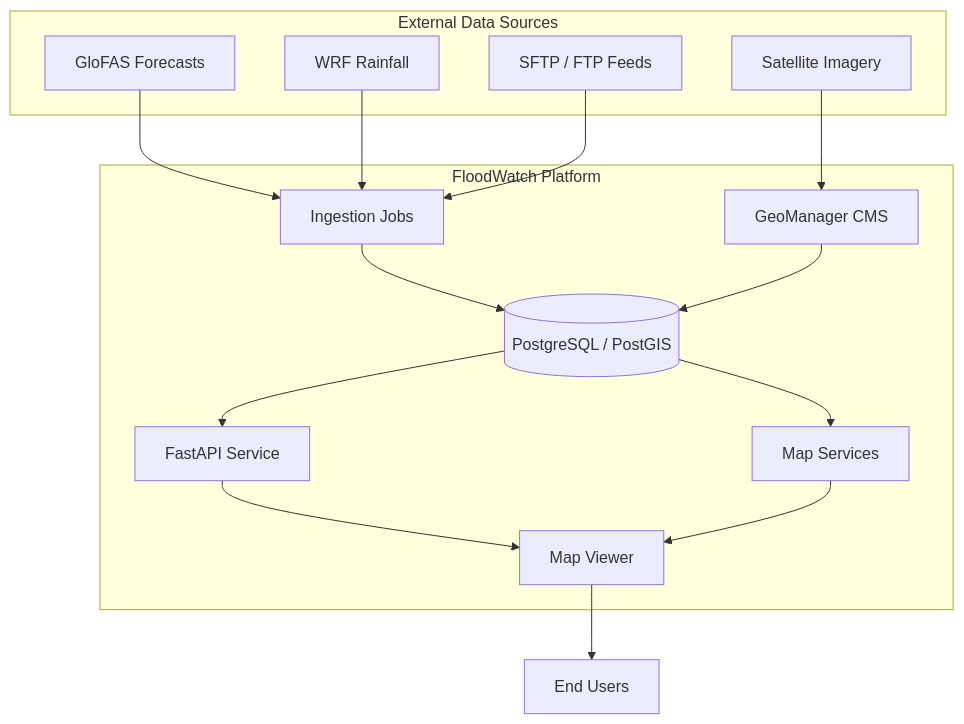
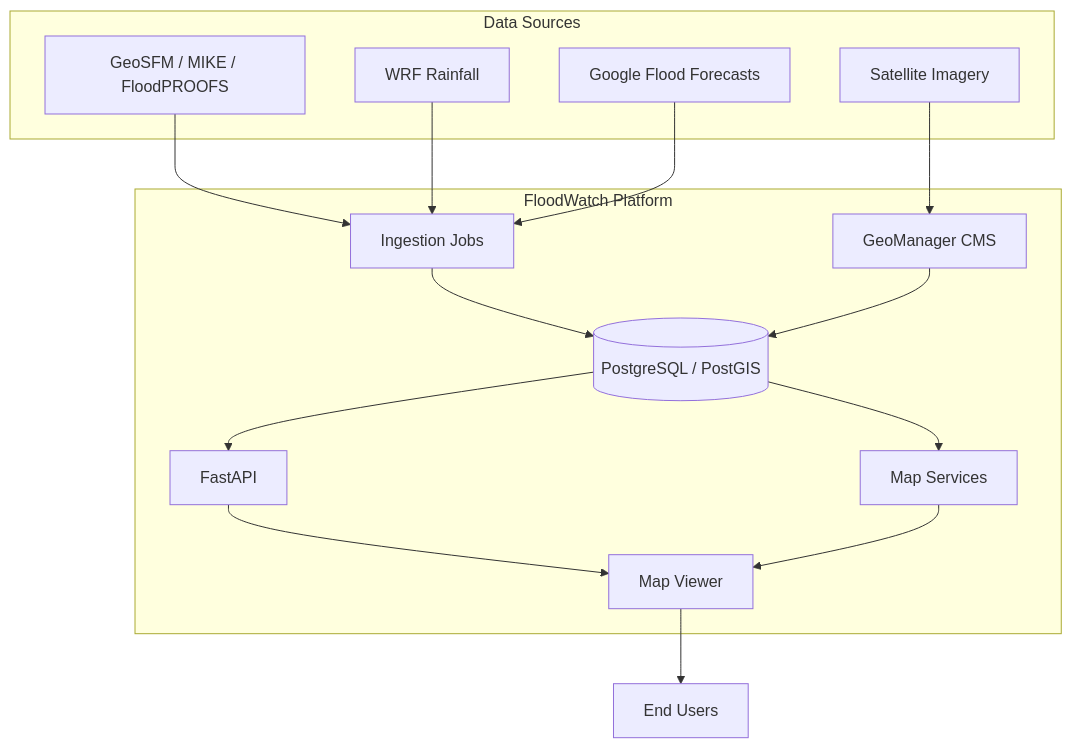
The diagram in mkdocs-site/docs/index.md (icpac-igad/flood_watch_system), drawn with Mermaid before and after one commit. The commit also changed other lines of this file and 4 other files, not shown here.

````diff
--- a/mkdocs-site/docs/index.md
+++ b/mkdocs-site/docs/index.md
@@ -30,25 +39,25 @@
 ```mermaid
 graph TB
-    subgraph External Data Sources
-        A[GloFAS Forecasts]
+    subgraph Data Sources
+        A[GeoSFM / MIKE / FloodPROOFS]
         B[WRF Rainfall]
-        C[Satellite Imagery]
-        D[SFTP / FTP Feeds]
+        C[Google Flood Forecasts]
+        D[Satellite Imagery]
     end
 
     subgraph FloodWatch Platform
         E[Ingestion Jobs] --> F[(PostgreSQL / PostGIS)]
-        F --> G[FastAPI Service]
+        F --> G[FastAPI]
         F --> H[Map Services]
         I[GeoManager CMS] --> F
         G --> J[Map Viewer]
         H --> J
     end
 
     A --> E
     B --> E
-    C --> I
-    D --> E
+    C --> E
+    D --> I
 
     J --> K[End Users]
 ```
````
